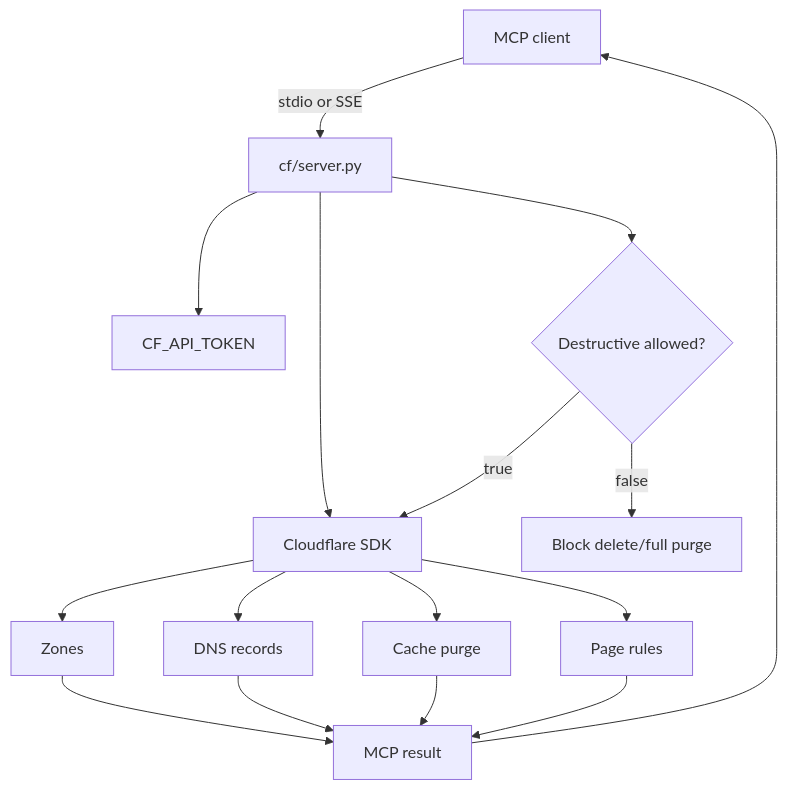
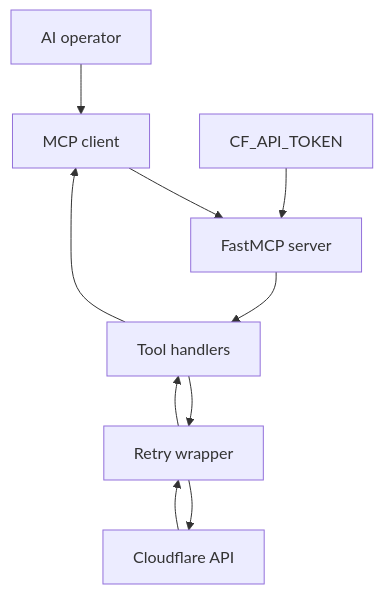
One commit to apexradius/mcp-cloudflare-dns changed the first of 2 diagrams in README.md. Above: the diagram before and after it, drawn with Mermaid. The commit also changed other lines of this file and 2 other files, not shown here.

````diff
--- a/README.md
+++ b/README.md
@@ -29,20 +18,10 @@
 ```mermaid
 flowchart TD
-    Client[MCP client] -->|stdio or SSE| Server[cf/server.py]
-    Server --> Env[CF_API_TOKEN]
-    Server --> Guard{Destructive allowed?}
-    Server --> SDK[Cloudflare SDK]
-
-    SDK --> Zones[Zones]
-    SDK --> DNS[DNS records]
-    SDK --> Cache[Cache purge]
-    SDK --> Rules[Page rules]
-
-    Guard -->|false| Block[Block delete/full purge]
-    Guard -->|true| SDK
-    Zones --> Result[MCP result]
-    DNS --> Result
-    Cache --> Result
-    Rules --> Result
-    Result --> Client
+  U[AI operator] --> C[MCP client]
+  C --> S[FastMCP server]
+  E[CF_API_TOKEN] --> S
+  S --> T[Tool handlers]
+  T --> R[Retry wrapper]
+  R --> A[Cloudflare API]
+  A --> R --> T --> C
 ```
````
